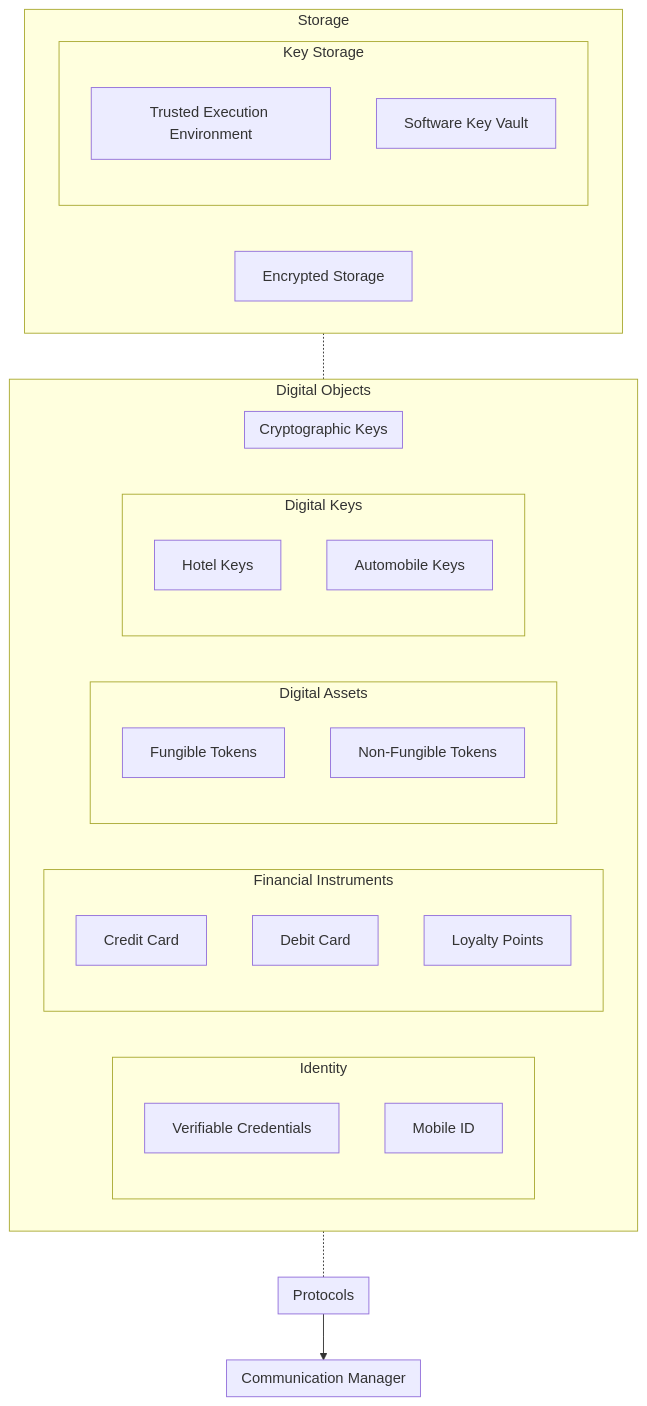
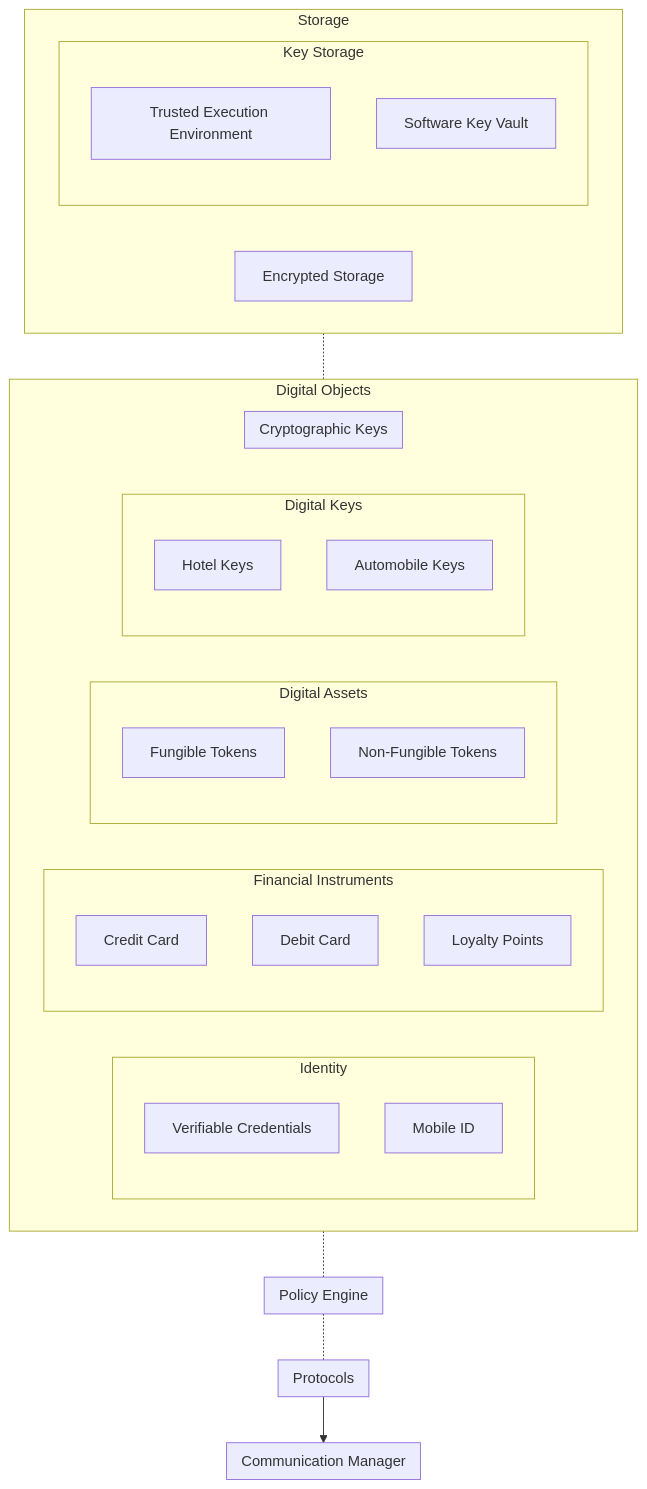
The diagram in README.md (openwallet-foundation/architecture-sig), drawn with Mermaid before and after one commit.

Commit message:
Add Policy Engine

````diff
--- a/README.md
+++ b/README.md
@@ -5,37 +5,39 @@
 ```mermaid
 %%{ init: { 'flowchart': { 'curve': 'linear' } } }%%
 flowchart TD
   subgraph P[Protocols]
   end
   subgraph D[Digital Objects]
     subgraph I[Identity]
       VC[Verifiable Credentials]
       mID[Mobile ID]
     end
     subgraph F[Financial Instruments]
       CC[Credit Card]
       DC[Debit Card]
       LP[Loyalty Points]
     end
     subgraph DA[Digital Assets]
       FT[Fungible Tokens]
       NFT[Non-Fungible Tokens]
     end
     subgraph DK[Digital Keys]
       HK[Hotel Keys]
       AK[Automobile Keys]
     end
     subgraph CK[Cryptographic Keys]
     end
   end
   subgraph S[Storage]
     ES[Encrypted Storage]
     subgraph KS[Key Storage]
       TEE[Trusted Execution Environment]
       KV[Software Key Vault]
     end
   end
   subgraph C[Communication Manager]
   end
-  S -.- D -.- P --> C
+  subgraph PE[Policy Engine]
+  end
+  S -.- D -.- PE -.- P --> C
 ```
````
